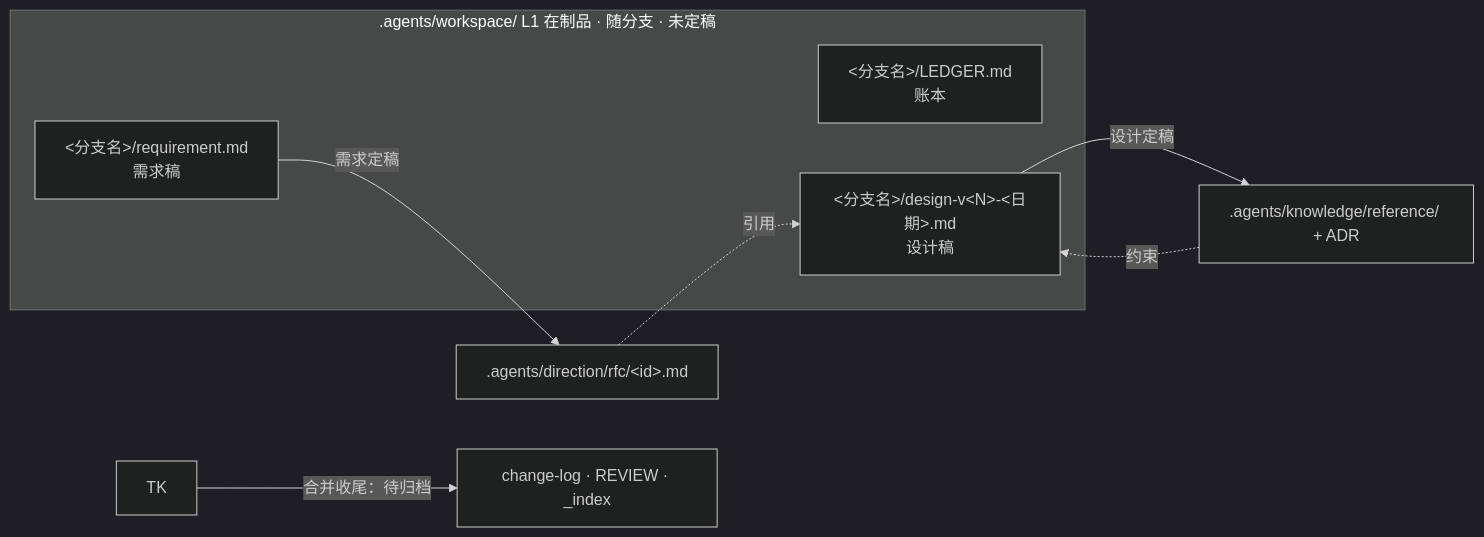
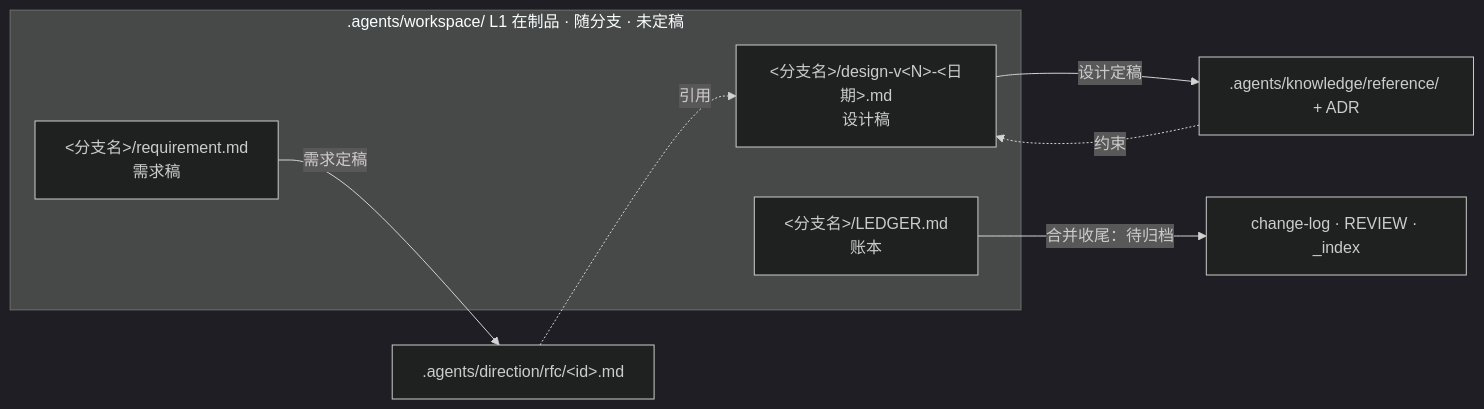
The ninth of 9 diagrams in .agents/rules/assets/ai-context-engineering.md (adaios/adaios), drawn with Mermaid (dark theme) before and after one commit. The commit also changed other lines of this file and 23 other files, not shown here.

````diff
--- a/.agents/rules/assets/ai-context-engineering.md
+++ b/.agents/rules/assets/ai-context-engineering.md
@@ -308,15 +308,15 @@
 ```mermaid
 flowchart LR
     subgraph WS[".agents/workspace/  L1 在制品 · 随分支 · 未定稿"]
         TG["&lt;分支名&gt;/LEDGER.md<br/>账本"]
         RQ["&lt;分支名&gt;/requirement.md<br/>需求稿"]
         DS["&lt;分支名&gt;/design-v&lt;N&gt;-&lt;日期&gt;.md<br/>设计稿"]
     end
 
     RQ -->|"需求定稿"| RFC[".agents/direction/rfc/&lt;id&gt;.md"]
     DS -->|"设计定稿"| AR[".agents/knowledge/reference/ + ADR"]
-    TK -->|"合并收尾：待归档"| CL["change-log · REVIEW · _index"]
+    TG -->|"合并收尾：待归档"| CL["change-log · REVIEW · _index"]
 
     RFC -.->|"引用"| DS
     AR -.->|"约束"| DS
 ```
````
